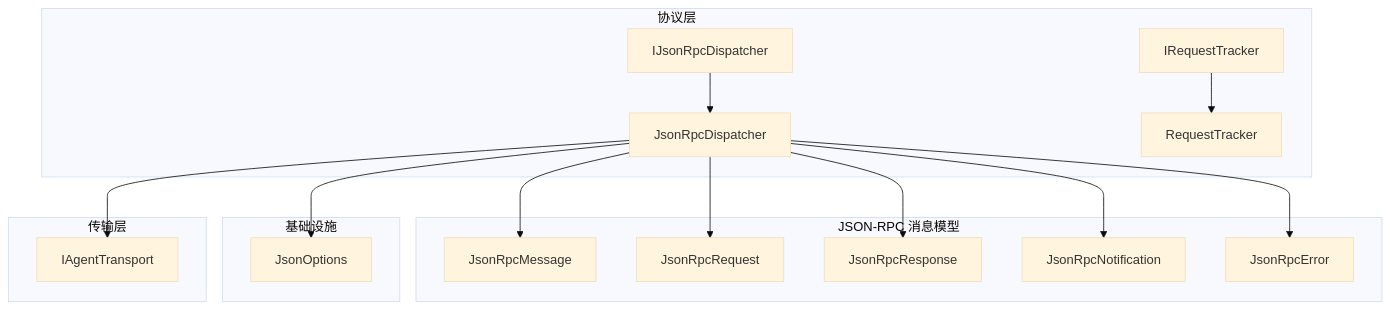
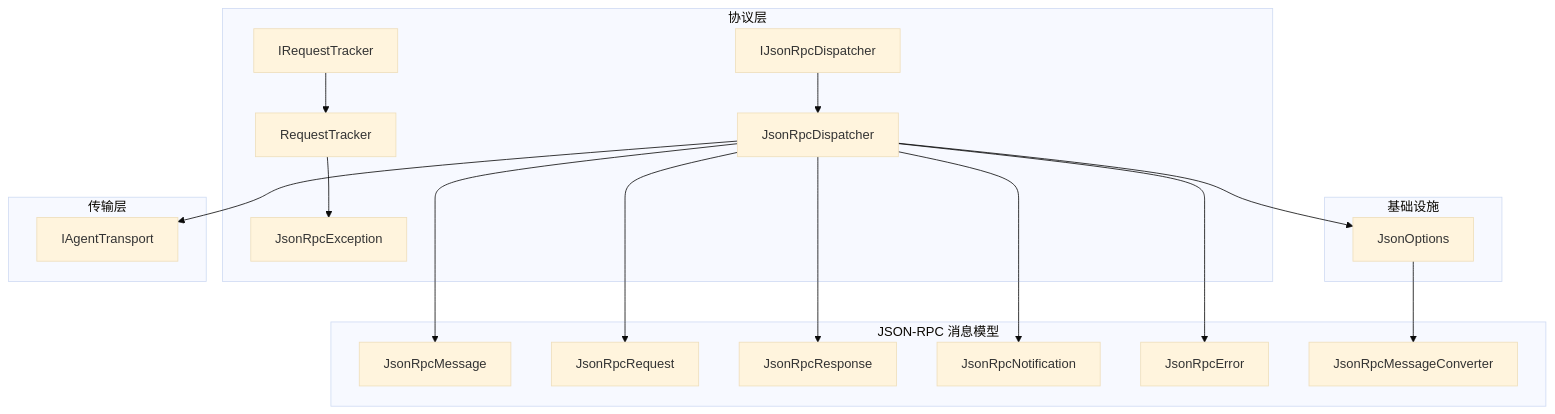
Before and after one commit to AgenticDesktop/ACPLibrary: the first of 7 diagrams in .qoder/repowiki/zh/content/协议层/协议层.md, drawn with Mermaid (base theme). The commit also changed other lines of this file and 22 other files, not shown here.

````diff
--- a/.qoder/repowiki/zh/content/协议层/协议层.md
+++ b/.qoder/repowiki/zh/content/协议层/协议层.md
@@ -37,31 +47,35 @@
 ```mermaid
 graph TB
 subgraph "协议层"
 ID["IJsonRpcDispatcher"]
 JD["JsonRpcDispatcher"]
 IT["IRequestTracker"]
 RT["RequestTracker"]
+EXC["JsonRpcException"]
 end
 subgraph "JSON-RPC 消息模型"
 MSG["JsonRpcMessage"]
 REQ["JsonRpcRequest"]
 RES["JsonRpcResponse"]
 NOTI["JsonRpcNotification"]
 ERR["JsonRpcError"]
+CONV["JsonRpcMessageConverter"]
 end
 subgraph "基础设施"
 JO["JsonOptions"]
 end
 subgraph "传输层"
 TR["IAgentTransport"]
 end
 ID --> JD
 IT --> RT
 JD --> TR
 JD --> JO
 JD --> MSG
 JD --> REQ
 JD --> RES
 JD --> NOTI
 JD --> ERR
+RT --> EXC
+JO --> CONV
 ```
````
